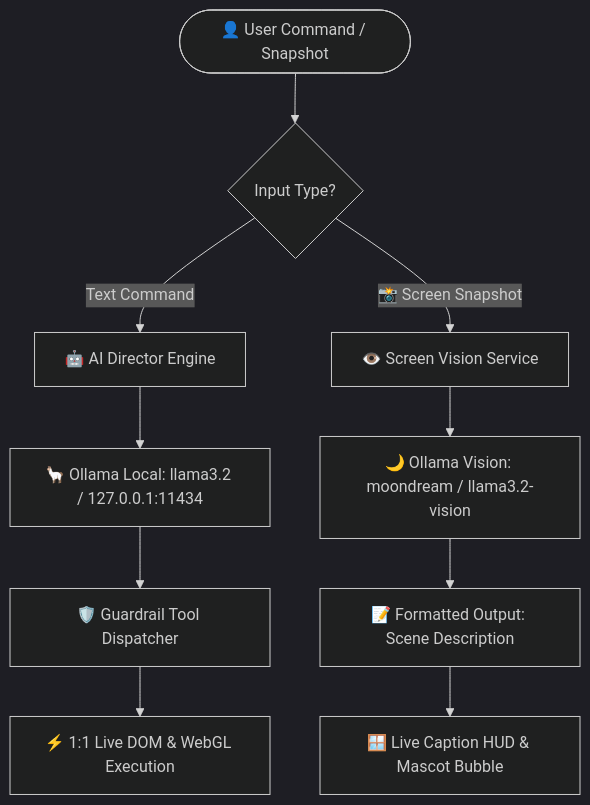
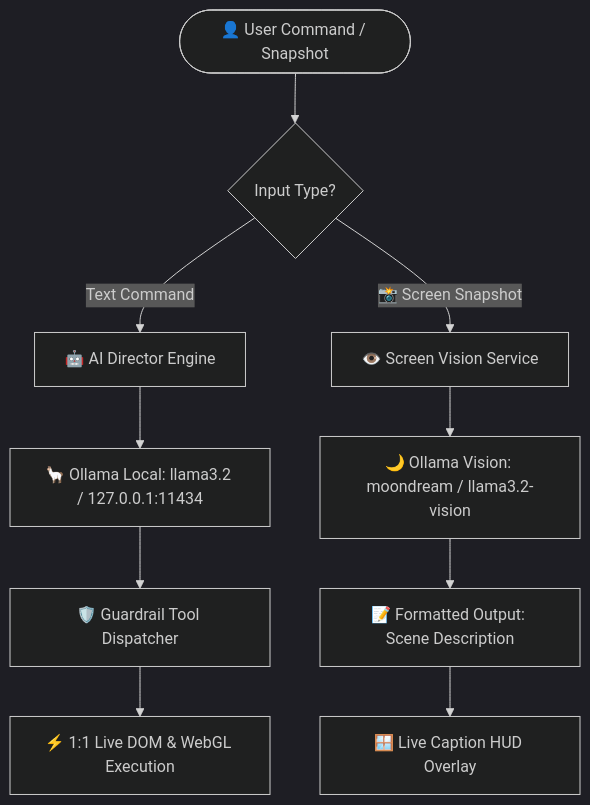
The second of 2 diagrams in README.md (WeiberNoname/Daysome-Project-T1000-V1), drawn with Mermaid (dark theme) before and after one commit. The commit also changed other lines of this file and 32 other files, not shown here.

````diff
--- a/README.md
+++ b/README.md
@@ -114,16 +67,16 @@
 ```mermaid
 flowchart TD
     User([👤 User Command / Snapshot]) --> Router{Input Type?}
     
     Router -->|Text Command| Chat[🤖 AI Director Engine]
     Router -->|📸 Screen Snapshot| Vision[👁️ Screen Vision Service]
     
     Chat --> LocalOllama[🦙 Ollama Local: llama3.2 / 127.0.0.1:11434]
     Vision --> VisionModel[🌙 Ollama Vision: moondream / llama3.2-vision]
     
     LocalOllama --> ToolDispatch[🛡️ Guardrail Tool Dispatcher]
     VisionModel --> OutputFormat[📝 Formatted Output: Scene Description]
     
     ToolDispatch --> AppState[⚡ 1:1 Live DOM & WebGL Execution]
-    OutputFormat --> SubtitleHUD[🪟 Live Caption HUD & Mascot Bubble]
+    OutputFormat --> SubtitleHUD[🪟 Live Caption HUD Overlay]
 ```
````
